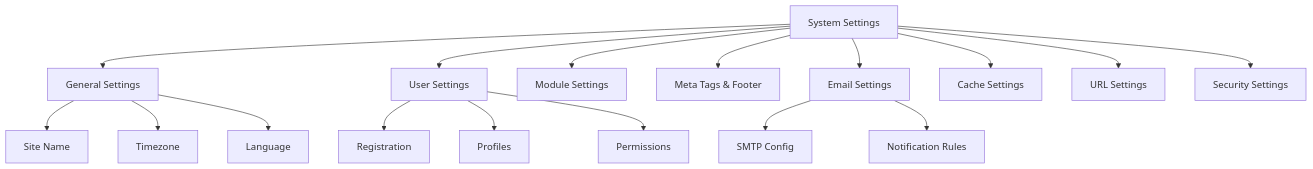
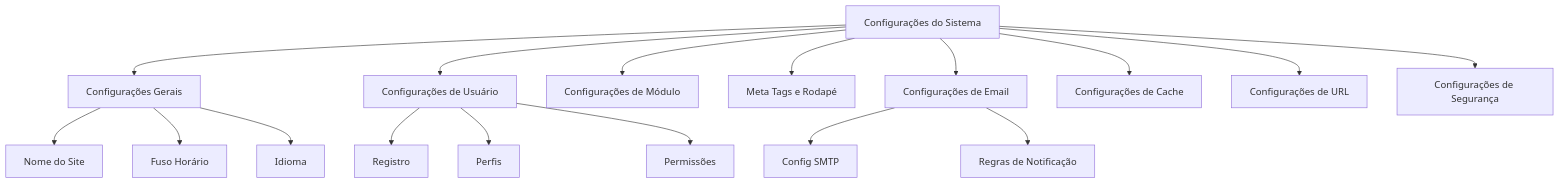
One commit to mambax7/xoops-docs changed the diagram in apps/docs-27/src/content/docs/pt/configuration/system-settings.md. Above: the diagram before and after it, drawn with Mermaid. The commit also changed other lines of this file and 162 other files, not shown here.

````diff
--- a/apps/docs-27/src/content/docs/pt/configuration/system-settings.md
+++ b/apps/docs-27/src/content/docs/pt/configuration/system-settings.md
@@ -12,19 +12,19 @@
 ```mermaid
 graph TD
-    A[System Settings] --> B[General Settings]
-    A --> C[User Settings]
-    A --> D[Module Settings]
-    A --> E[Meta Tags & Footer]
-    A --> F[Email Settings]
-    A --> G[Cache Settings]
-    A --> H[URL Settings]
-    A --> I[Security Settings]
-    B --> B1[Site Name]
-    B --> B2[Timezone]
-    B --> B3[Language]
-    C --> C1[Registration]
-    C --> C2[Profiles]
-    C --> C3[Permissions]
-    F --> F1[SMTP Config]
-    F --> F2[Notification Rules]
+    A[Configurações do Sistema] --> B[Configurações Gerais]
+    A --> C[Configurações de Usuário]
+    A --> D[Configurações de Módulo]
+    A --> E[Meta Tags e Rodapé]
+    A --> F[Configurações de Email]
+    A --> G[Configurações de Cache]
+    A --> H[Configurações de URL]
+    A --> I[Configurações de Segurança]
+    B --> B1[Nome do Site]
+    B --> B2[Fuso Horário]
+    B --> B3[Idioma]
+    C --> C1[Registro]
+    C --> C2[Perfis]
+    C --> C3[Permissões]
+    F --> F1[Config SMTP]
+    F --> F2[Regras de Notificação]
 ```
````
